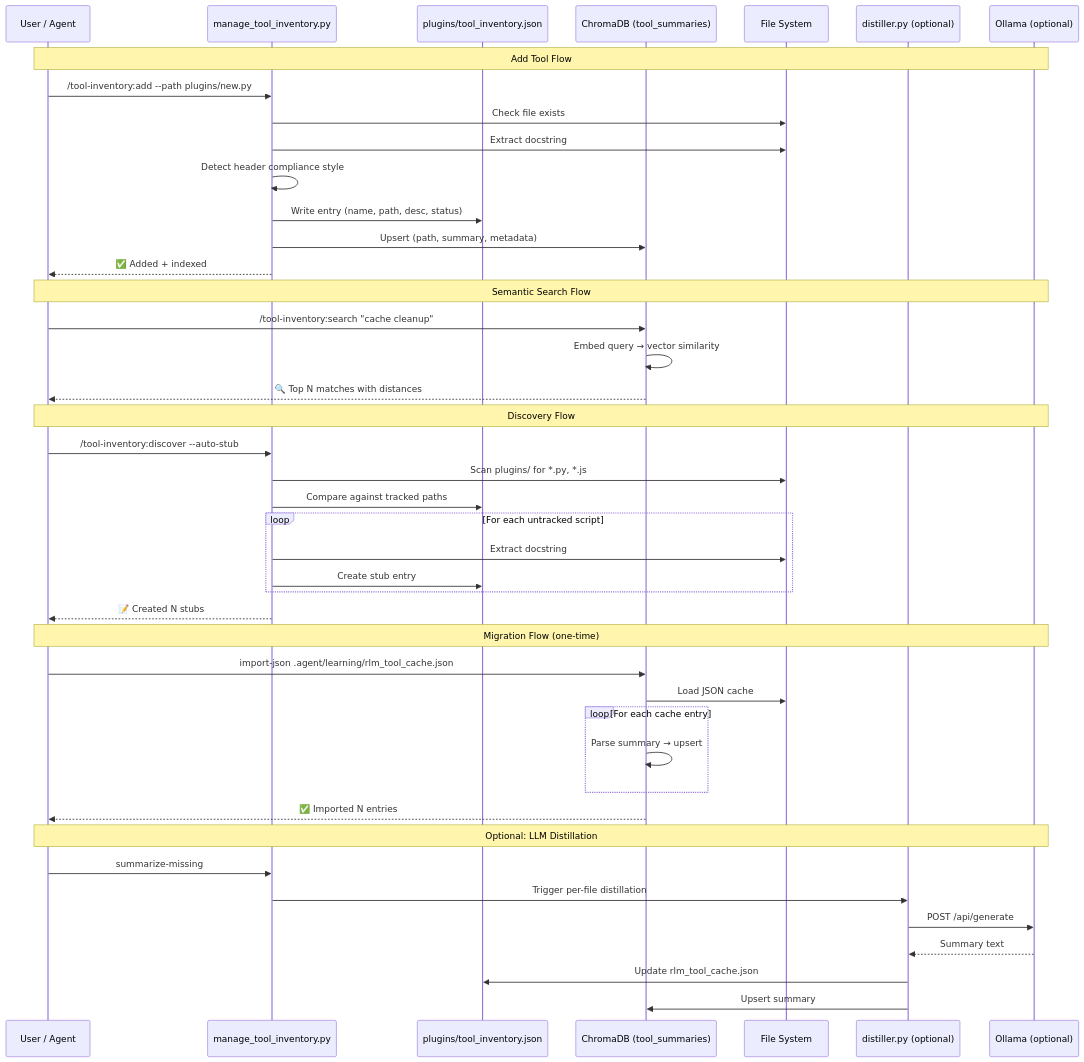
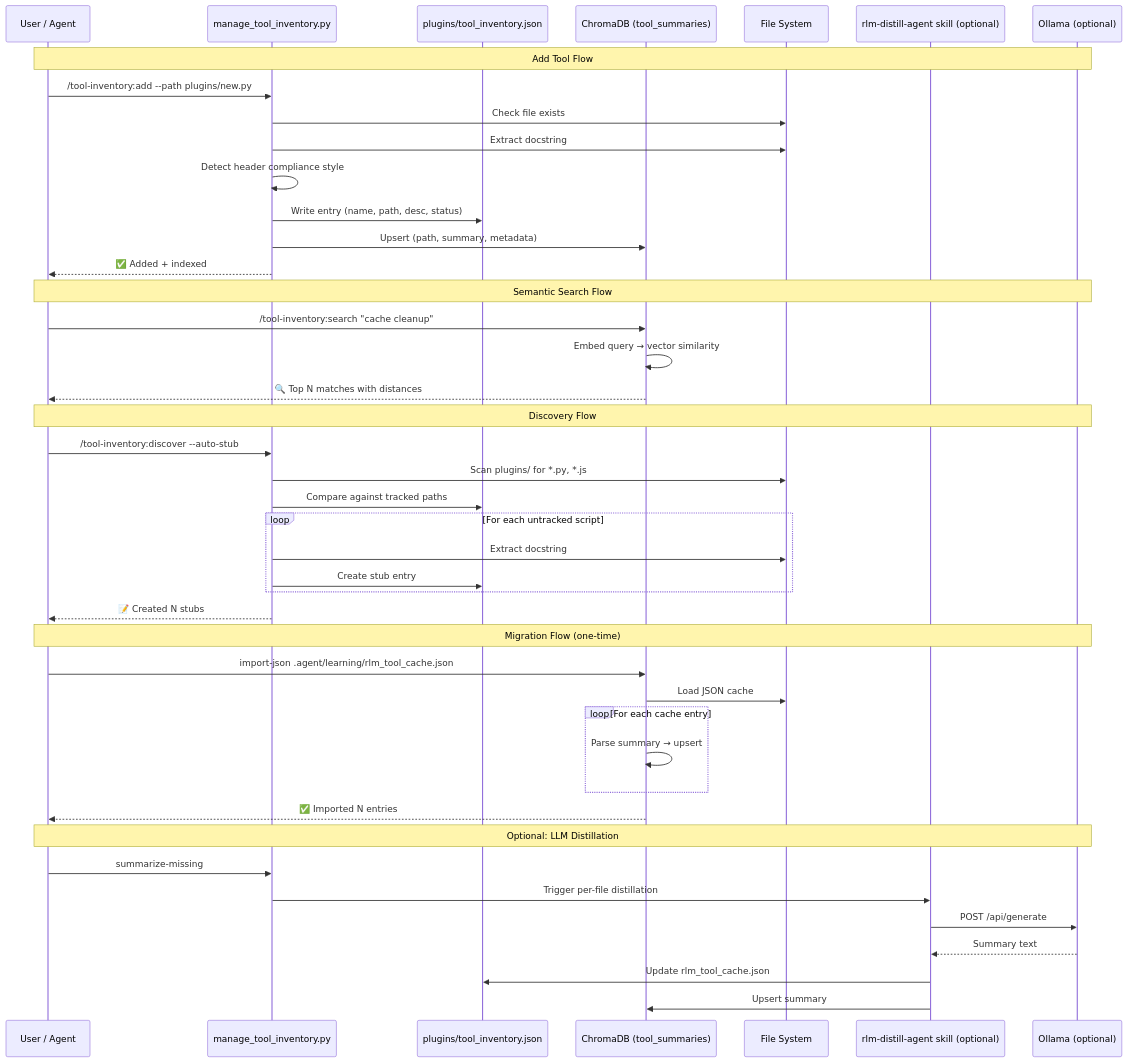
One commit to richfrem/agent-plugins-skills changed the diagram in plugins/tool-inventory/skills/tool-inventory/references/tool-inventory-workflow.mmd. Above: the diagram before and after it, drawn with Mermaid. The commit also changed 31 other files, not shown here.

```diff
--- a/plugins/tool-inventory/skills/tool-inventory/references/tool-inventory-workflow.mmd
+++ b/plugins/tool-inventory/skills/tool-inventory/references/tool-inventory-workflow.mmd
@@ -1,53 +1,53 @@
 sequenceDiagram
     participant User as User / Agent
     participant CLI as manage_tool_inventory.py
     participant JSON as plugins/tool_inventory.json
     participant Chroma as ChromaDB (tool_summaries)
     participant FS as File System
-    participant Distiller as distiller.py (optional)
+    participant Distiller as rlm-distill-agent skill (optional)
     participant Ollama as Ollama (optional)
 
     Note over User, Ollama: Add Tool Flow
 
     User->>CLI: /tool-inventory:add --path plugins/new.py
     CLI->>FS: Check file exists
     CLI->>FS: Extract docstring
     CLI->>CLI: Detect header compliance style
     CLI->>JSON: Write entry (name, path, desc, status)
     CLI->>Chroma: Upsert (path, summary, metadata)
     CLI-->>User: ✅ Added + indexed
 
     Note over User, Ollama: Semantic Search Flow
 
     User->>Chroma: /tool-inventory:search "cache cleanup"
     Chroma->>Chroma: Embed query → vector similarity
     Chroma-->>User: 🔍 Top N matches with distances
 
     Note over User, Ollama: Discovery Flow
 
     User->>CLI: /tool-inventory:discover --auto-stub
     CLI->>FS: Scan plugins/ for *.py, *.js
     CLI->>JSON: Compare against tracked paths
     loop For each untracked script
         CLI->>FS: Extract docstring
         CLI->>JSON: Create stub entry
     end
     CLI-->>User: 📝 Created N stubs
 
     Note over User, Ollama: Migration Flow (one-time)
 
     User->>Chroma: import-json .agent/learning/rlm_tool_cache.json
     Chroma->>FS: Load JSON cache
     loop For each cache entry
         Chroma->>Chroma: Parse summary → upsert
     end
     Chroma-->>User: ✅ Imported N entries
 
     Note over User, Ollama: Optional: LLM Distillation
 
     User->>CLI: summarize-missing
     CLI->>Distiller: Trigger per-file distillation
     Distiller->>Ollama: POST /api/generate
     Ollama-->>Distiller: Summary text
     Distiller->>JSON: Update rlm_tool_cache.json
     Distiller->>Chroma: Upsert summary
```
